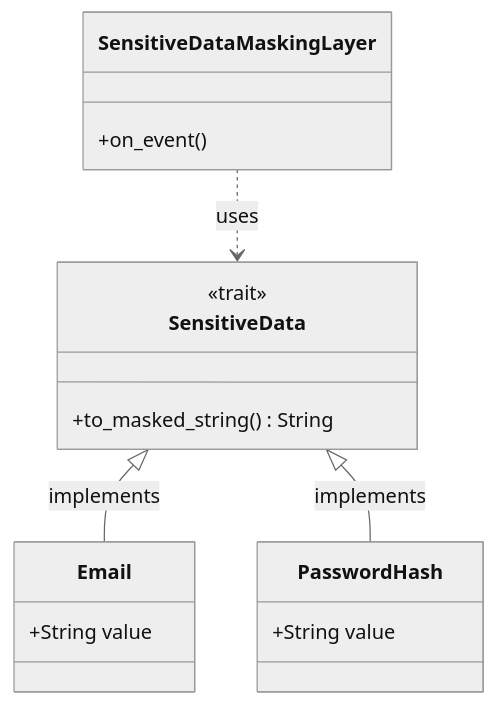
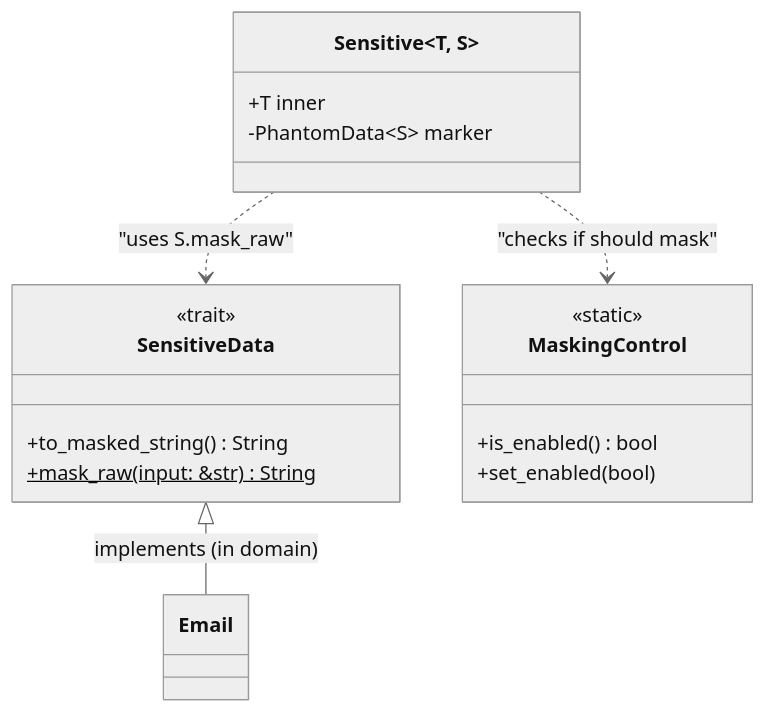
The diagram in conductor/tracks/advanced_obs_security_20260222/design_pii_masking.md (Flip451/DMMF-hexagonal-auth-template), drawn with Mermaid (neutral theme) before and after one commit. The commit also changed other lines of this file and 11 other files, not shown here.

Commit message:
conductor(checkpoint): End of Phase 1 - Multi-layered Sensitive Data Protection

````diff
--- a/conductor/tracks/advanced_obs_security_20260222/design_pii_masking.md
+++ b/conductor/tracks/advanced_obs_security_20260222/design_pii_masking.md
@@ -18,20 +19,21 @@
 ```mermaid
 classDiagram
     class SensitiveData {
         <<trait>>
         +to_masked_string() String
+        +mask_raw(input: &str)$ String
     }
-    class Email {
-        +String value
+    class Sensitive~T, S~ {
+        +T inner
+        -PhantomData~S~ marker
     }
-    class PasswordHash {
-        +String value
-    }
-    class SensitiveDataMaskingLayer {
-        +on_event()
+    class MaskingControl {
+        <<static>>
+        +is_enabled() bool
+        +set_enabled(bool)
     }
     
-    SensitiveData <|-- Email : implements
-    SensitiveData <|-- PasswordHash : implements
-    SensitiveDataMaskingLayer ..> SensitiveData : uses
+    SensitiveData <|-- Email : implements (in domain)
+    Sensitive ..> SensitiveData : "uses S.mask_raw"
+    Sensitive ..> MaskingControl : "checks if should mask"
 ```
````
